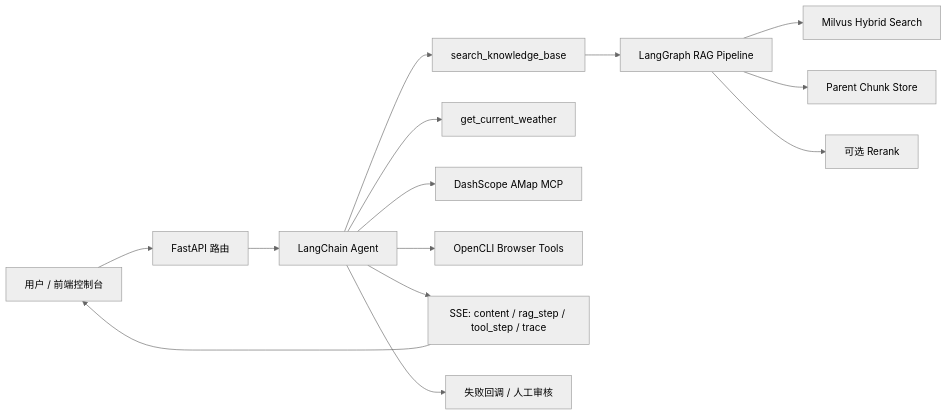
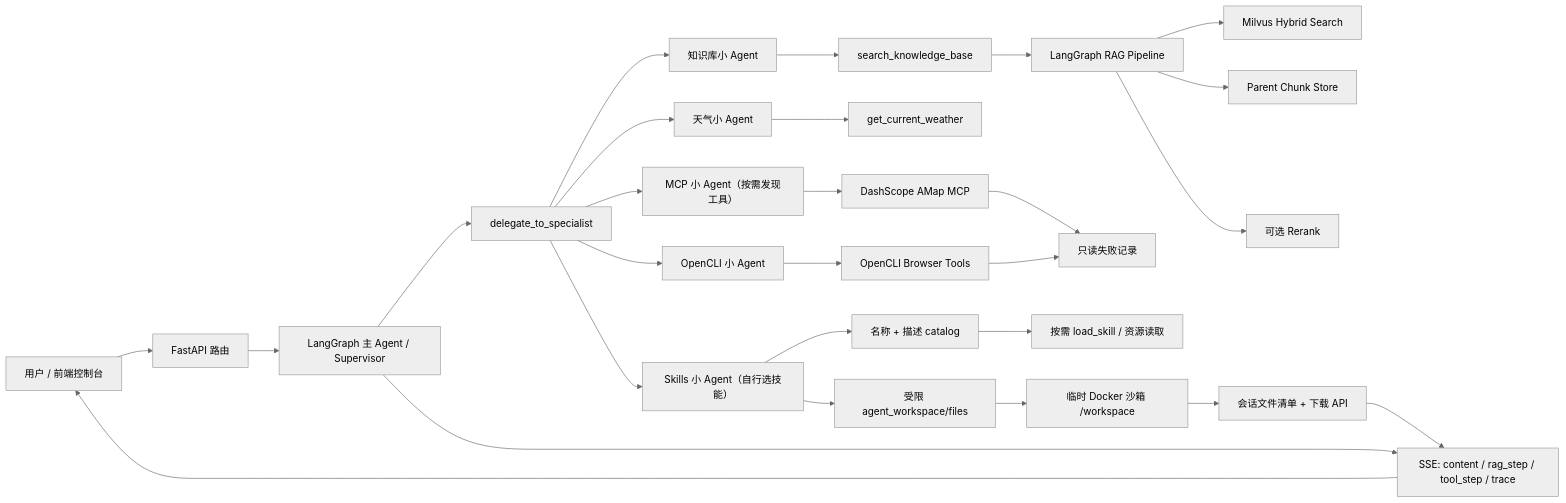
The diagram in README.md (ichliebewxy/Agent_Console), drawn with Mermaid (neutral theme) before and after one commit. The commit also changed other lines of this file and 52 other files, not shown here.

````diff
--- a/README.md
+++ b/README.md
@@ -43,16 +45,29 @@
 ```mermaid
 flowchart LR
   U["用户 / 前端控制台"] --> API["FastAPI 路由"]
-  API --> Agent["LangChain Agent"]
-  Agent --> KB["search_knowledge_base"]
-  Agent --> Weather["get_current_weather"]
-  Agent --> AMap["DashScope AMap MCP"]
-  Agent --> Browser["OpenCLI Browser Tools"]
+  API --> Supervisor["LangGraph 主 Agent / Supervisor"]
+  Supervisor --> Gateway["delegate_to_specialist"]
+  Gateway --> Knowledge["知识库小 Agent"]
+  Gateway --> Weather["天气小 Agent"]
+  Gateway --> MCP["MCP 小 Agent（按需发现工具）"]
+  Gateway --> Browser["OpenCLI 小 Agent"]
+  Gateway --> Skills["Skills 小 Agent（自行选技能）"]
+  Knowledge --> KB["search_knowledge_base"]
+  Weather --> WeatherTool["get_current_weather"]
+  MCP --> AMap["DashScope AMap MCP"]
+  Browser --> BrowserTools["OpenCLI Browser Tools"]
+  Skills --> Catalog["名称 + 描述 catalog"]
+  Catalog --> SkillBody["按需 load_skill / 资源读取"]
+  Skills --> Workspace["受限 agent_workspace/files"]
+  Workspace --> Sandbox["临时 Docker 沙箱 /workspace"]
+  Sandbox --> Artifacts["会话文件清单 + 下载 API"]
+  Artifacts --> SSE
   KB --> RAG["LangGraph RAG Pipeline"]
   RAG --> Milvus["Milvus Hybrid Search"]
   RAG --> Parent["Parent Chunk Store"]
   RAG --> Rerank["可选 Rerank"]
-  Agent --> SSE["SSE: content / rag_step / tool_step / trace"]
+  Supervisor --> SSE["SSE: content / rag_step / tool_step / trace"]
   SSE --> U
-  Agent --> Ops["失败回调 / 人工审核"]
+  AMap --> Ops["只读失败记录"]
+  BrowserTools --> Ops
 ```
````
